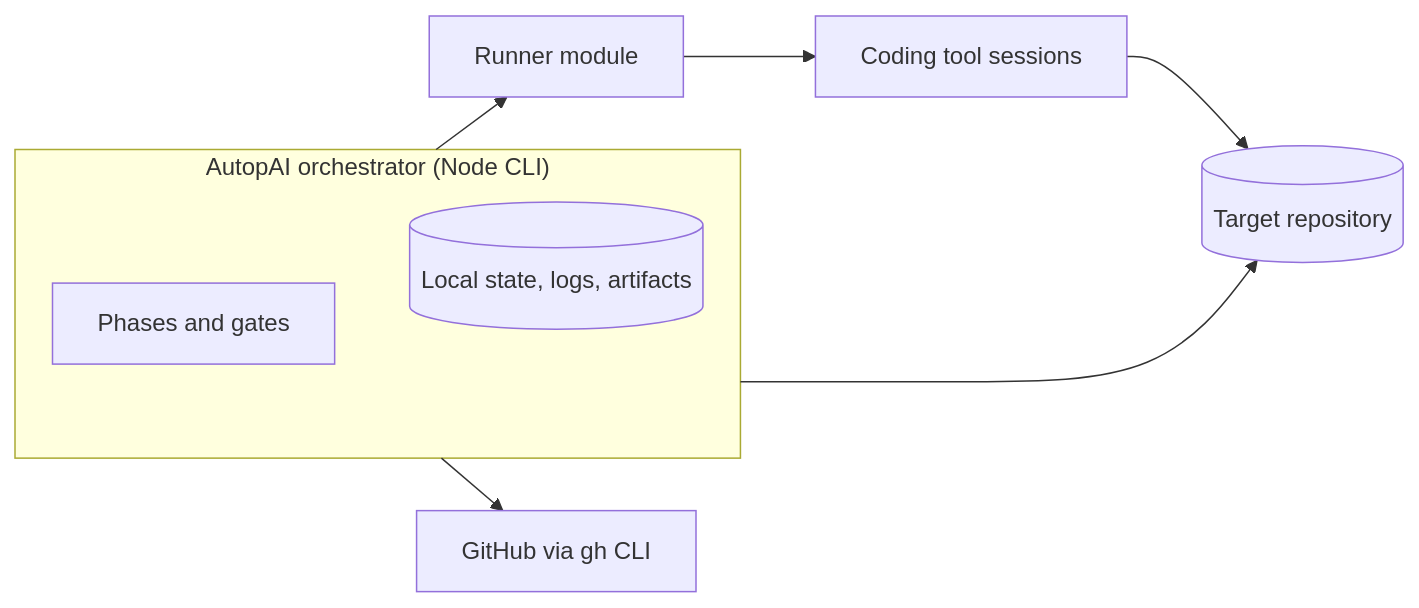
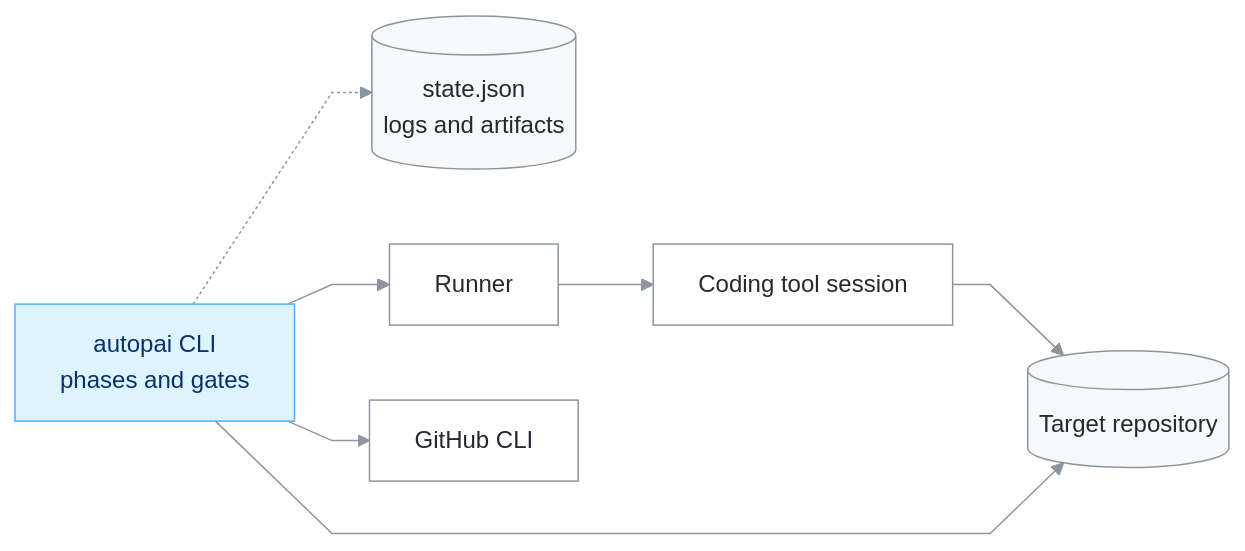
One commit to ZUNNIA/autopai changed the first of 2 diagrams in docs/MANUAL.md. Above: the diagram before and after it, drawn with Mermaid. The commit also changed other lines of this file, not shown here.

Commit message:
docs: restyle the manual diagrams

````diff
--- a/docs/MANUAL.md
+++ b/docs/MANUAL.md
@@ -36,18 +36,25 @@
 ```mermaid
+%%{init: {"flowchart": {"curve": "linear"}}}%%
 flowchart LR
-    subgraph Core["AutopAI orchestrator (Node CLI)"]
-        Phases[Phases and gates]
-        State[(Local state, logs, artifacts)]
-    end
-    Runner[Runner module]
-    Tool[Coding tool sessions]
-    GitHub[GitHub via gh CLI]
-    Repo[(Target repository)]
+    CLI["autopai CLI<br/>phases and gates"]
+    State[("state.json<br/>logs and artifacts")]
+    Runner["Runner"]
+    Session["Coding tool session"]
+    GitHub["GitHub CLI"]
+    Repo[("Target repository")]
 
-    Core --> Runner
-    Runner --> Tool
-    Tool --> Repo
-    Core --> GitHub
-    Core <--> State
-    Core --> Repo
+    CLI --> Runner
+    Runner --> Session
+    Session --> Repo
+    CLI --> GitHub
+    CLI --> Repo
+    CLI -.-> State
+
+    classDef cli fill:#ddf4ff,stroke:#54aeff,color:#0a3069
+    classDef store fill:#f6f8fa,stroke:#8c959f,color:#24292f
+    classDef plain fill:#ffffff,stroke:#8c959f,color:#24292f
+    class CLI cli
+    class State,Repo store
+    class Runner,Session,GitHub plain
+    linkStyle default stroke:#8c959f
 ```
````
